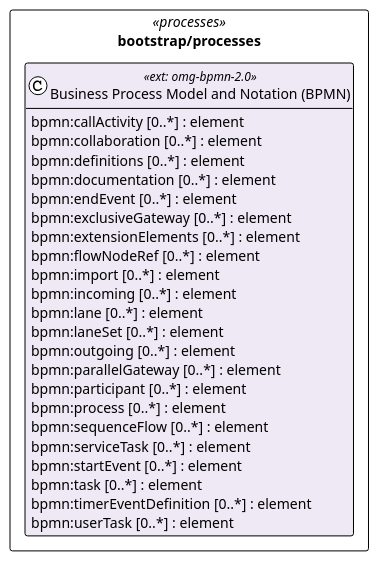
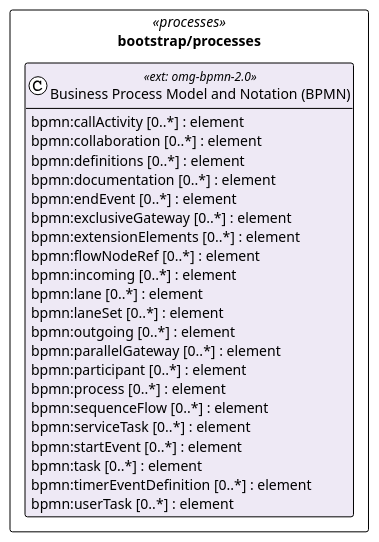
One commit to litlfred/folio-assistant changed the diagram in cat-harness/uml/overview/bootstrap/processes.puml. Above: the diagram before and after it, drawn with PlantUML. The commit also changed 369 other files, not shown here.

First line of the commit message:
Placement PR6 (apcg): library/ingestion split — basic flow in the harness, L1 method in core

```diff
--- a/cat-harness/uml/overview/bootstrap/processes.puml
+++ b/cat-harness/uml/overview/bootstrap/processes.puml
@@ -3,36 +3,35 @@
 @startuml bootstrap_processes
 !pragma layout elk
 !theme plain
 skinparam classAttributeIconSize 0
 skinparam shadowing false
 skinparam packageStyle rectangle
 hide empty methods
 
 package "bootstrap/processes" as pkg_bootstrap_processes <<processes>> {
   class "Business Process Model and Notation (BPMN)" as bootstrap_processes_omg_bpmn_2_0 <<ext: omg-bpmn-2.0>> #eee9f5 {
     bpmn:callActivity [0..*] : element
     bpmn:collaboration [0..*] : element
     bpmn:definitions [0..*] : element
     bpmn:documentation [0..*] : element
     bpmn:endEvent [0..*] : element
     bpmn:exclusiveGateway [0..*] : element
     bpmn:extensionElements [0..*] : element
     bpmn:flowNodeRef [0..*] : element
-    bpmn:import [0..*] : element
     bpmn:incoming [0..*] : element
     bpmn:lane [0..*] : element
     bpmn:laneSet [0..*] : element
     bpmn:outgoing [0..*] : element
     bpmn:parallelGateway [0..*] : element
     bpmn:participant [0..*] : element
     bpmn:process [0..*] : element
     bpmn:sequenceFlow [0..*] : element
     bpmn:serviceTask [0..*] : element
     bpmn:startEvent [0..*] : element
     bpmn:task [0..*] : element
     bpmn:timerEventDefinition [0..*] : element
     bpmn:userTask [0..*] : element
   }
 }
 
 @enduml
```
